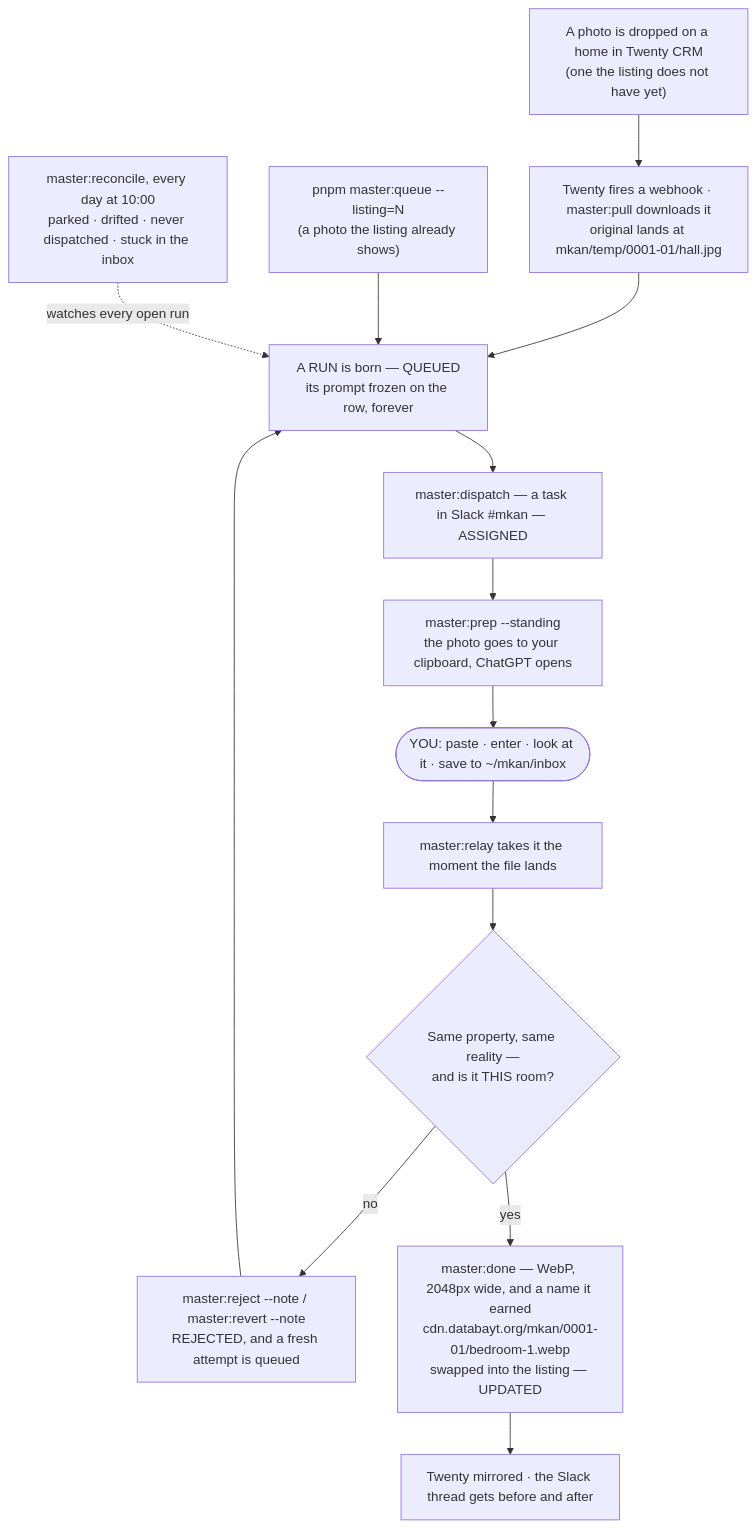
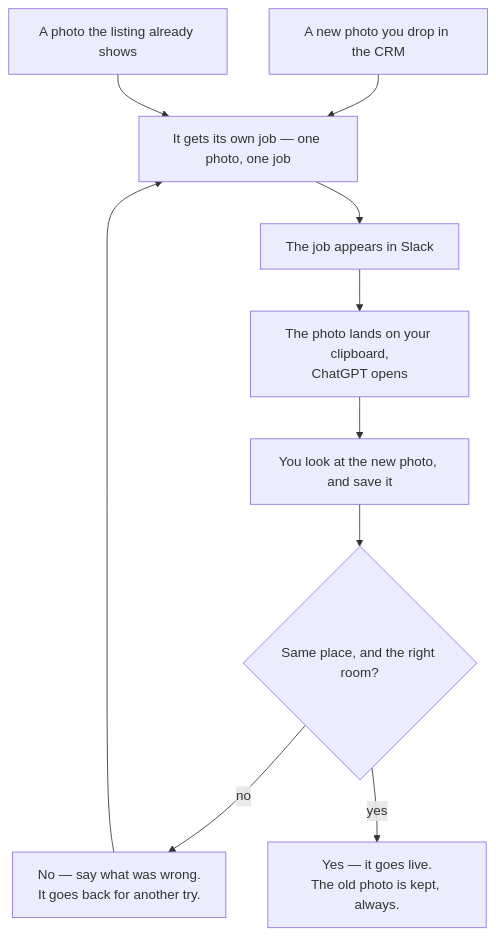
The diagram in content/docs/master.mdx (databayt/kun), drawn with Mermaid before and after one commit. The commit also changed other lines of this file and 1 other file, not shown here.

First line of the commit message:
docs(master): the picture first, and words anyone can read

````diff
--- a/content/docs/master.mdx
+++ b/content/docs/master.mdx
@@ -29,23 +15,18 @@
 ```mermaid
 graph TD
-    A1["A photo is dropped on a home in Twenty CRM<br/>(one the listing does not have yet)"]
-    A2["pnpm master:queue --listing=N<br/>(a photo the listing already shows)"]
-    W["Twenty fires a webhook · master:pull downloads it<br/>original lands at mkan/temp/0001-01/hall.jpg"]
-    R["A RUN is born — QUEUED<br/>its prompt frozen on the row, forever"]
-    D["master:dispatch — a task in Slack #mkan — ASSIGNED"]
-    P["master:prep --standing<br/>the photo goes to your clipboard, ChatGPT opens"]
-    H(["YOU: paste · enter · look at it · save to ~/mkan/inbox"])
-    G["master:relay takes it the moment the file lands"]
-    V{"Same property, same reality —<br/>and is it THIS room?"}
-    X["master:reject --note / master:revert --note<br/>REJECTED, and a fresh attempt is queued"]
-    U["master:done — WebP, 2048px wide, and a name it earned<br/>cdn.databayt.org/mkan/0001-01/bedroom-1.webp<br/>swapped into the listing — UPDATED"]
-    T["Twenty mirrored · the Slack thread gets before and after"]
-    C["master:reconcile, every day at 10:00<br/>parked · drifted · never dispatched · stuck in the inbox"]
+    A1["A new photo you drop in the CRM"]
+    A2["A photo the listing already shows"]
+    B["It gets its own job — one photo, one job"]
+    C["The job appears in Slack"]
+    D["The photo lands on your clipboard,<br/>ChatGPT opens"]
+    E["You look at the new photo, and save it"]
+    F{"Same place, and the right room?"}
+    G["No — say what was wrong.<br/>It goes back for another try."]
+    H["Yes — it goes live.<br/>The old photo is kept, always."]
 
-    A1 --> W --> R
-    A2 --> R
-    R --> D --> P --> H --> G --> V
-    V -->|no| X --> R
-    V -->|yes| U --> T
-    C -.->|watches every open run| R
+    A1 --> B
+    A2 --> B
+    B --> C --> D --> E --> F
+    F -->|no| G --> B
+    F -->|yes| H
 ```
````
